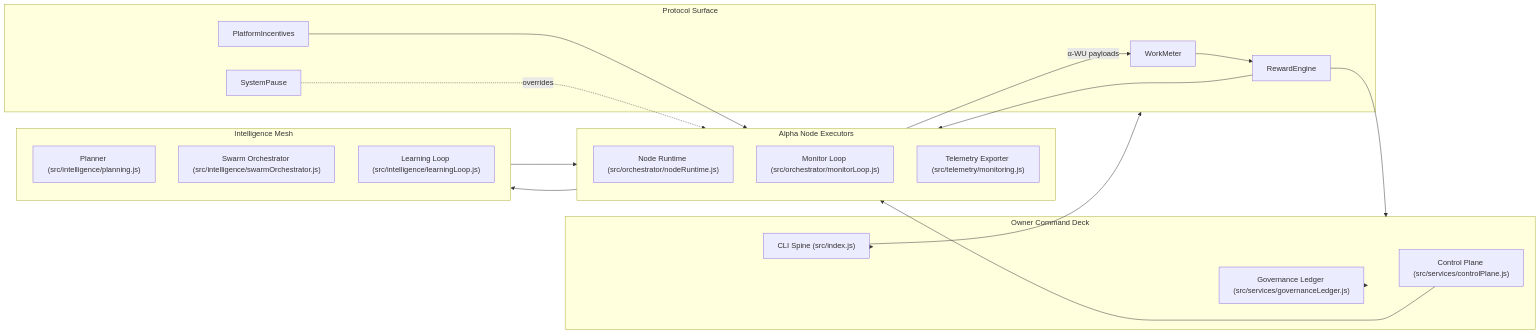
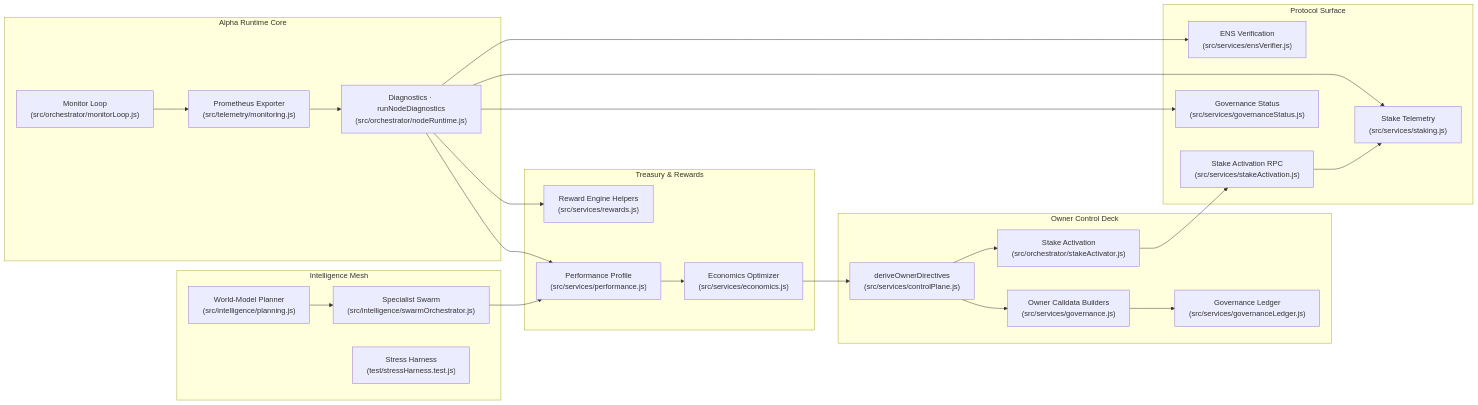
One commit to MontrealAI/AGI-Alpha-Node-v0 changed the first of 6 diagrams in docs/economics.md. Above: the diagram before and after it, drawn with Mermaid. The commit also changed other lines of this file and 2 other files, not shown here.

Commit message:
docs: refresh economics codex and tighten ci checks

````diff
--- a/docs/economics.md
+++ b/docs/economics.md
@@ -36,36 +34,47 @@
 ```mermaid
 graph LR
-  subgraph Executors["Alpha Node Executors"]
-    runtime["Node Runtime (src/orchestrator/nodeRuntime.js)"]
-    monitor["Monitor Loop (src/orchestrator/monitorLoop.js)"]
-    telemetry["Telemetry Exporter (src/telemetry/monitoring.js)"]
+  subgraph Runtime["Alpha Runtime Core"]
+    diagnostics["Diagnostics · runNodeDiagnostics\n(src/orchestrator/nodeRuntime.js)"]
+    monitor["Monitor Loop\n(src/orchestrator/monitorLoop.js)"]
+    telemetry["Prometheus Exporter\n(src/telemetry/monitoring.js)"]
   end
   subgraph Intelligence["Intelligence Mesh"]
-    planner["Planner (src/intelligence/planning.js)"]
-    swarm["Swarm Orchestrator (src/intelligence/swarmOrchestrator.js)"]
-    learning["Learning Loop (src/intelligence/learningLoop.js)"]
+    planner["World-Model Planner\n(src/intelligence/planning.js)"]
+    swarm["Specialist Swarm\n(src/intelligence/swarmOrchestrator.js)"]
+    sentinel["Stress Harness\n(test/stressHarness.test.js)"]
   end
-  subgraph Chain["Protocol Surface"]
-    workMeter["WorkMeter"]
-    incentives["PlatformIncentives"]
-    rewards["RewardEngine"]
-    pause["SystemPause"]
+  subgraph Treasury["Treasury & Rewards"]
+    economics["Economics Optimizer\n(src/services/economics.js)"]
+    rewards["Reward Engine Helpers\n(src/services/rewards.js)"]
+    performance["Performance Profile\n(src/services/performance.js)"]
   end
-  subgraph OwnerDeck["Owner Command Deck"]
-    cli["CLI Spine (src/index.js)"]
-    ledger["Governance Ledger (src/services/governanceLedger.js)"]
-    control["Control Plane (src/services/controlPlane.js)"]
+  subgraph Governance["Owner Control Deck"]
+    controlPlane["deriveOwnerDirectives\n(src/services/controlPlane.js)"]
+    stakeActivator["Stake Activation\n(src/orchestrator/stakeActivator.js)"]
+    governance["Owner Calldata Builders\n(src/services/governance.js)"]
+    ledger["Governance Ledger\n(src/services/governanceLedger.js)"]
   end
-  Executors --> Intelligence
-  Intelligence --> Executors
-  Executors -->|α-WU payloads| workMeter
-  workMeter --> rewards
-  rewards --> Executors
-  rewards --> OwnerDeck
-  incentives --> Executors
-  pause -. overrides .-> Executors
-  cli --> OwnerDeck
-  cli --> Chain
-  ledger --> OwnerDeck
-  control --> Executors
+  subgraph ChainSurface["Protocol Surface"]
+    ens["ENS Verification\n(src/services/ensVerifier.js)"]
+    staking["Stake Telemetry\n(src/services/staking.js)"]
+    activation["Stake Activation RPC\n(src/services/stakeActivation.js)"]
+    governanceStatus["Governance Status\n(src/services/governanceStatus.js)"]
+  end
+
+  diagnostics --> ens
+  diagnostics --> staking
+  diagnostics --> performance
+  diagnostics --> rewards
+  diagnostics --> governanceStatus
+  planner --> swarm
+  swarm --> performance
+  monitor --> telemetry
+  telemetry --> diagnostics
+  performance --> economics
+  economics --> controlPlane
+  controlPlane --> governance
+  controlPlane --> stakeActivator
+  governance --> ledger
+  stakeActivator --> activation
+  activation --> staking
 ```
````
